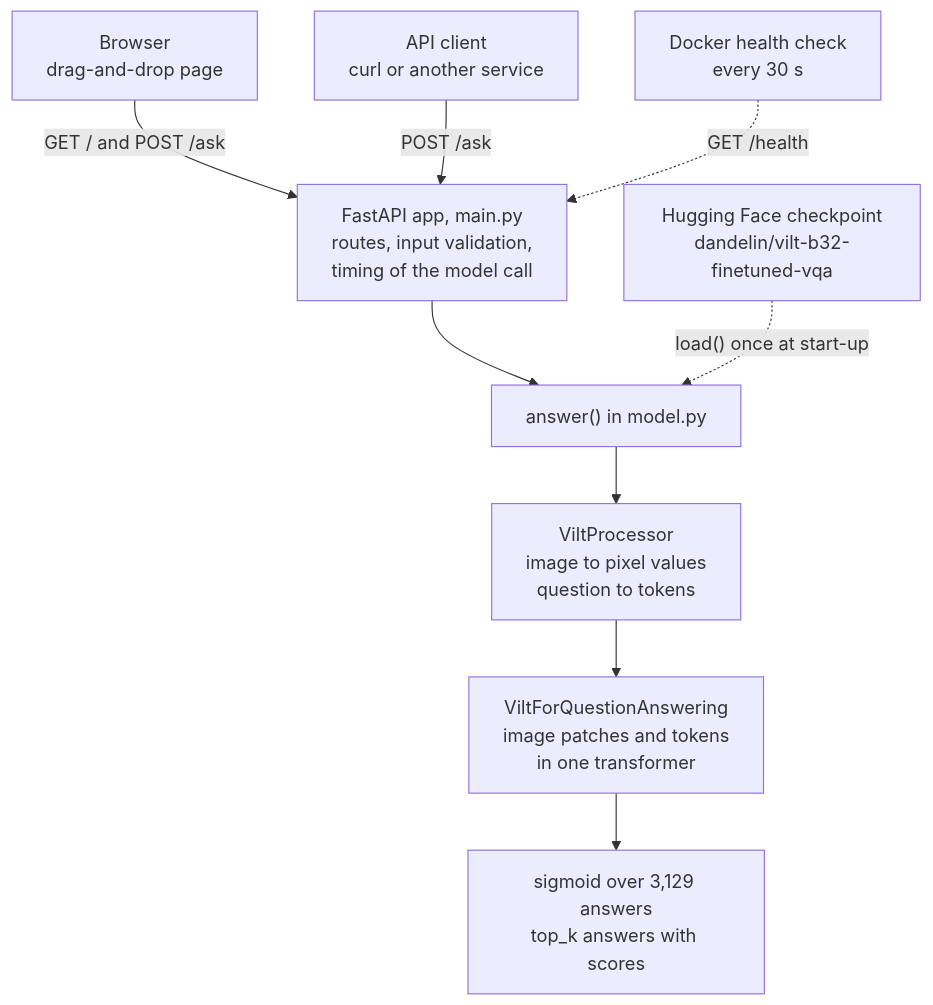
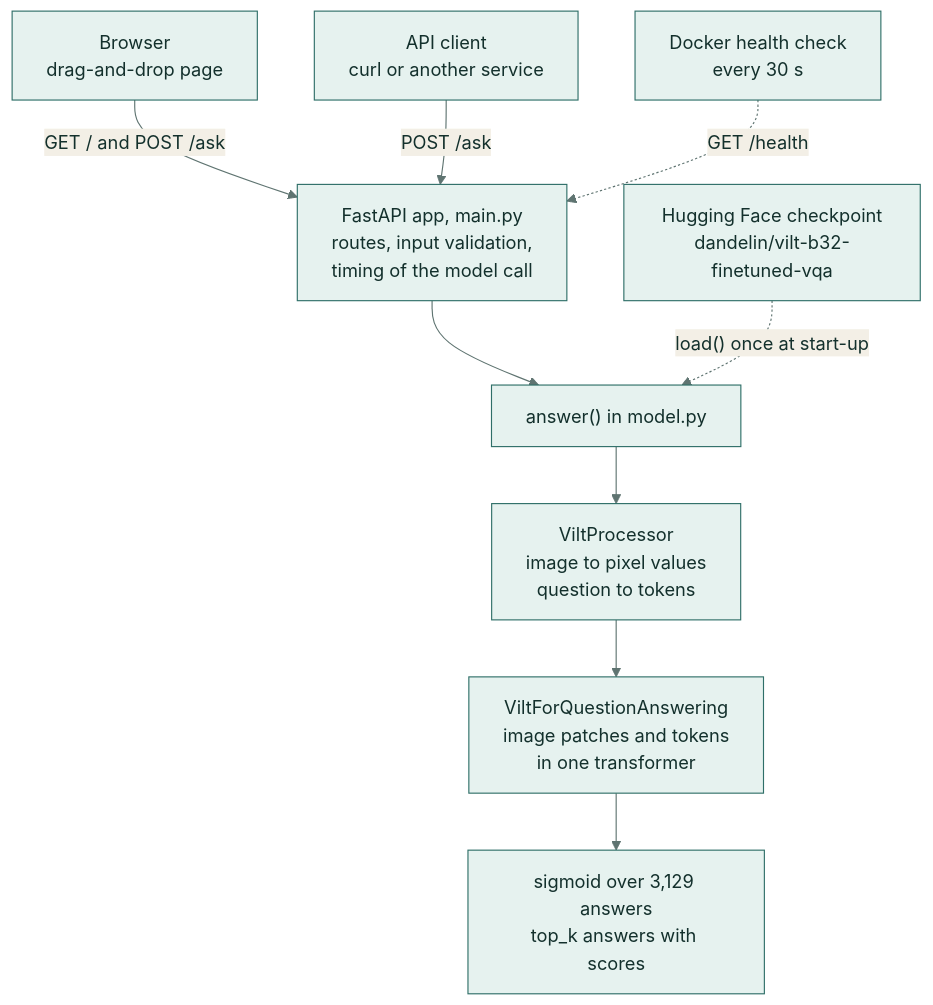
One commit to samiulhuda360/visual-question-answering-api changed the first of 2 diagrams in README.md. Above: the diagram before and after it, drawn with Mermaid. The commit also changed other lines of this file, not shown here.

Commit message:
Docs: use the teal diagram theme

````diff
--- a/README.md
+++ b/README.md
@@ -35,11 +35,12 @@
 ```mermaid
+%%{init: {"theme": "base", "themeVariables": {"primaryColor": "#e6f2ef", "primaryBorderColor": "#2f6f68", "primaryTextColor": "#13302c", "lineColor": "#5f7471", "secondaryColor": "#f3efe6", "tertiaryColor": "#f7f8f6"}}}%%
 flowchart TD
     BR["Browser<br/>drag-and-drop page"] -->|"GET / and POST /ask"| API
     CL["API client<br/>curl or another service"] -->|"POST /ask"| API
     DK["Docker health check<br/>every 30 s"] -.->|"GET /health"| API
     API["FastAPI app, main.py<br/>routes, input validation,<br/>timing of the model call"] --> ANS["answer() in model.py"]
     HUB["Hugging Face checkpoint<br/>dandelin/vilt-b32-finetuned-vqa"] -.->|"load() once at start-up"| ANS
     ANS --> PROC["ViltProcessor<br/>image to pixel values<br/>question to tokens"]
     PROC --> VILT["ViltForQuestionAnswering<br/>image patches and tokens<br/>in one transformer"]
     VILT --> TOPK["sigmoid over 3,129 answers<br/>top_k answers with scores"]
 ```
````
